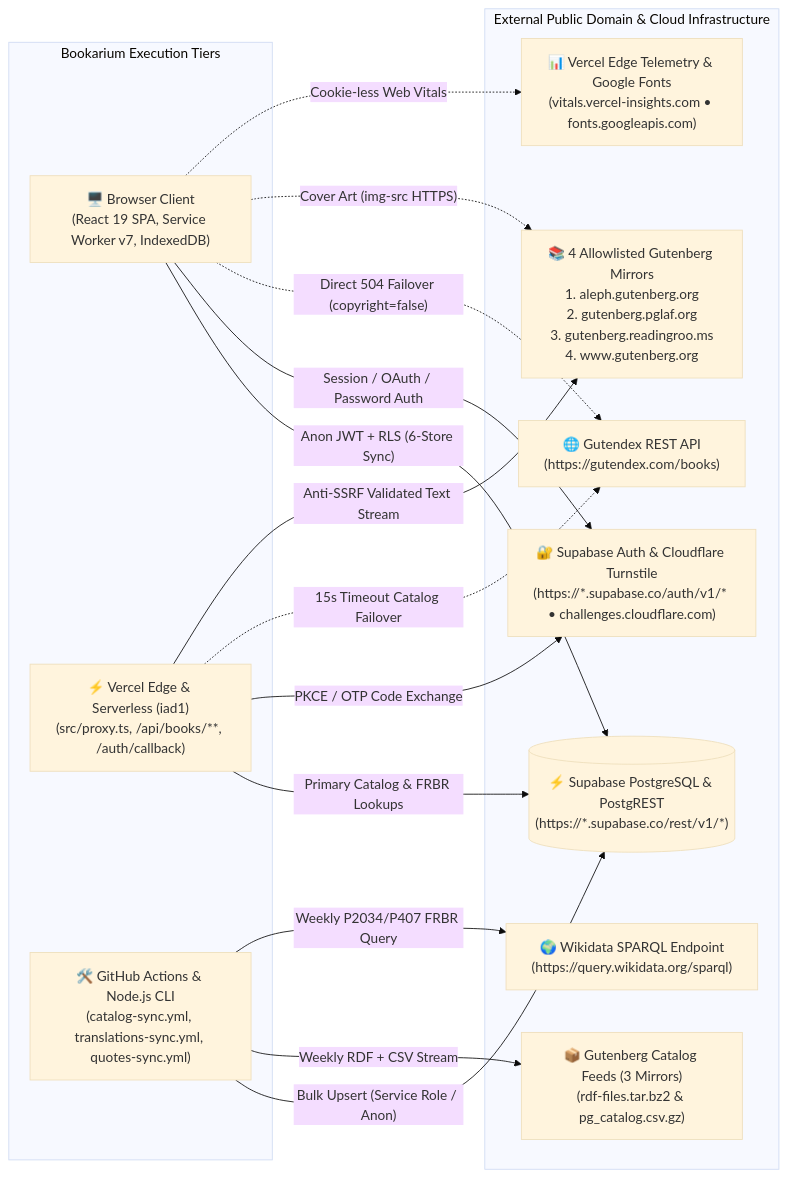
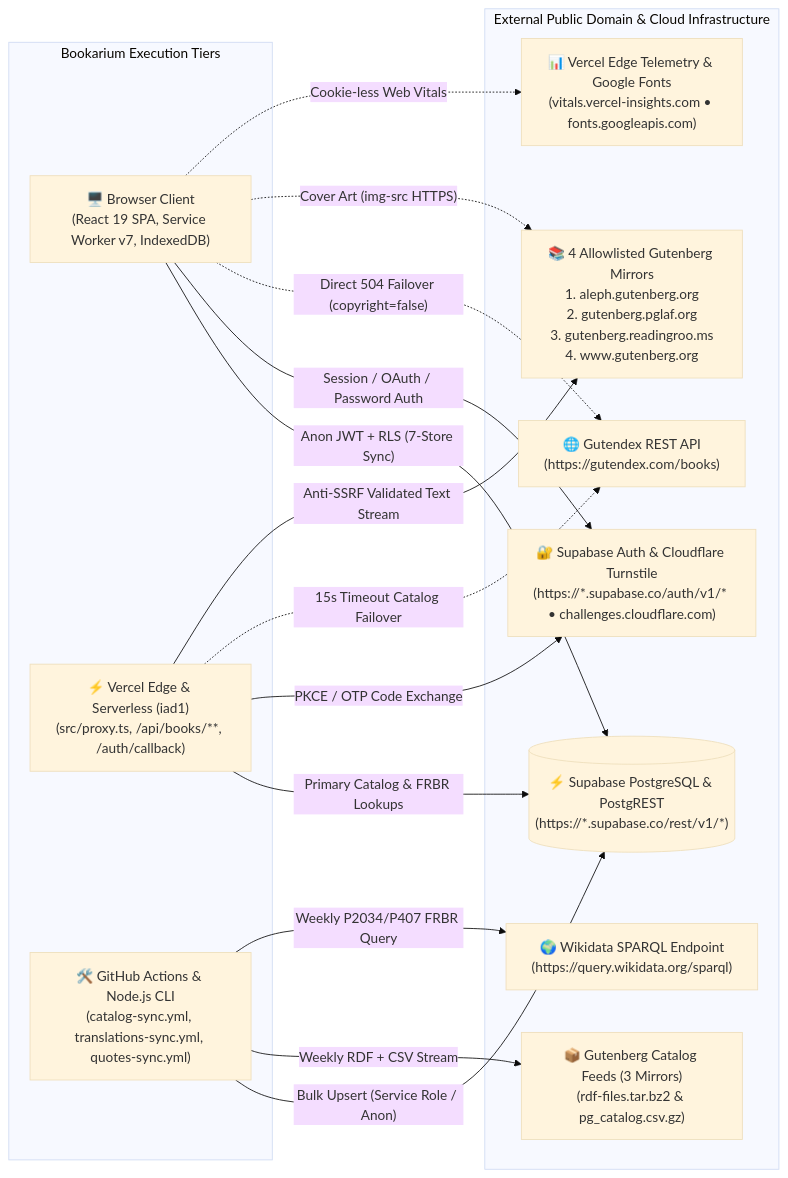
Before and after one commit to calin-m/Bookarium: the tenth of 13 diagrams in docs/ARCHITECTURE.md, drawn with Mermaid (base theme). The commit also changed other lines of this file and 31 other files, not shown here.

````diff
--- a/docs/ARCHITECTURE.md
+++ b/docs/ARCHITECTURE.md
@@ -1514,31 +1515,31 @@
 ```mermaid
 flowchart LR
     subgraph BookariumRuntime ["Bookarium Execution Tiers"]
         BrowserTier["🖥️ Browser Client\n(React 19 SPA, Service Worker v7, IndexedDB)"]
         EdgeTier["⚡ Vercel Edge & Serverless (iad1)\n(src/proxy.ts, /api/books/**, /auth/callback)"]
         CLITier["🛠️ GitHub Actions & Node.js CLI\n(catalog-sync.yml, translations-sync.yml, quotes-sync.yml)"]
     end
 
     subgraph ExternalSystems ["External Public Domain & Cloud Infrastructure"]
         SupaDB[("⚡ Supabase PostgreSQL & PostgREST\n(https://*.supabase.co/rest/v1/*)")]
         SupaAuth["🔐 Supabase Auth & Cloudflare Turnstile\n(https://*.supabase.co/auth/v1/* • challenges.cloudflare.com)"]
         GutendexAPI["🌐 Gutendex REST API\n(https://gutendex.com/books)"]
         GutenbergMirrors["📚 4 Allowlisted Gutenberg Mirrors\n1. aleph.gutenberg.org\n2. gutenberg.pglaf.org\n3. gutenberg.readingroo.ms\n4. www.gutenberg.org"]
         GutenbergFeeds["📦 Gutenberg Catalog Feeds (3 Mirrors)\n(rdf-files.tar.bz2 & pg_catalog.csv.gz)"]
         WikidataAPI["🌍 Wikidata SPARQL Endpoint\n(https://query.wikidata.org/sparql)"]
         VercelRUM["📊 Vercel Edge Telemetry & Google Fonts\n(vitals.vercel-insights.com • fonts.googleapis.com)"]
     end
 
-    BrowserTier -->|"Anon JWT + RLS (6-Store Sync)"| SupaDB
+    BrowserTier -->|"Anon JWT + RLS (7-Store Sync)"| SupaDB
     BrowserTier -->|"Session / OAuth / Password Auth"| SupaAuth
     BrowserTier -.->|"Direct 504 Failover (copyright=false)"| GutendexAPI
     BrowserTier -.->|"Cover Art (img-src HTTPS)"| GutenbergMirrors
     BrowserTier -.->|"Cookie-less Web Vitals"| VercelRUM
     EdgeTier -->|"Primary Catalog & FRBR Lookups"| SupaDB
     EdgeTier -->|"PKCE / OTP Code Exchange"| SupaAuth
     EdgeTier -.->|"15s Timeout Catalog Failover"| GutendexAPI
     EdgeTier -->|"Anti-SSRF Validated Text Stream"| GutenbergMirrors
     CLITier -->|"Bulk Upsert (Service Role / Anon)"| SupaDB
     CLITier -->|"Weekly RDF + CSV Stream"| GutenbergFeeds
     CLITier -->|"Weekly P2034/P407 FRBR Query"| WikidataAPI
 ```
````
